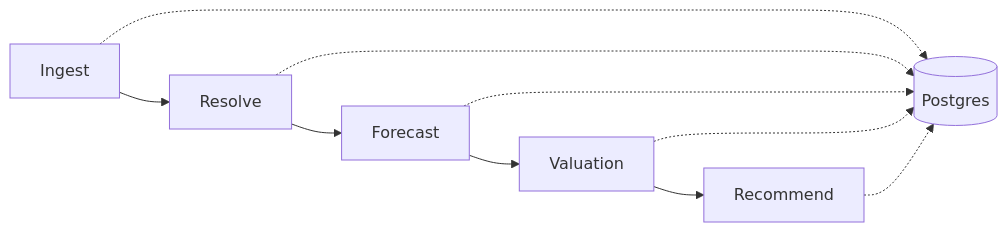
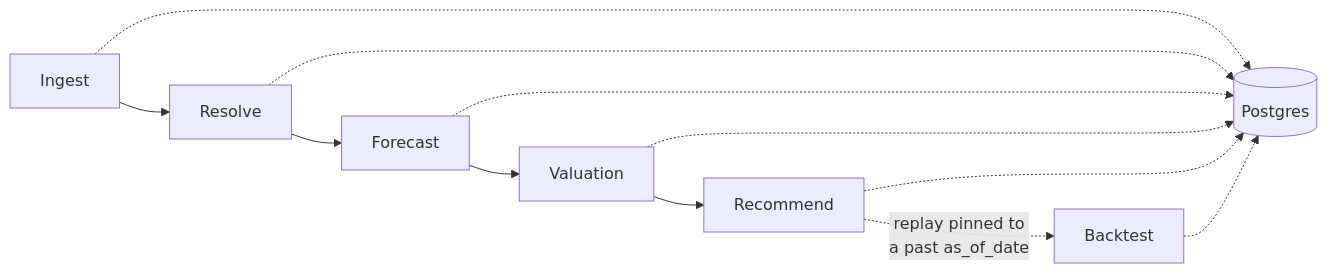
Before and after one commit to VKKan2002/baseball_rec_proj: the diagram in README.md, drawn with Mermaid. The commit also changed other lines of this file and 9 other files, not shown here.

````diff
--- a/README.md
+++ b/README.md
@@ -18,12 +18,14 @@
 ```mermaid
 flowchart LR
     A["Ingest"] --> B["Resolve"]
     B --> C["Forecast"]
     C --> D["Valuation"]
     D --> E["Recommend"]
+    E -.->|"replay pinned to\na past as_of_date"| F["Backtest"]
     A -.-> DB[(Postgres)]
     B -.-> DB
     C -.-> DB
     D -.-> DB
     E -.-> DB
+    F -.-> DB
 ```
````
